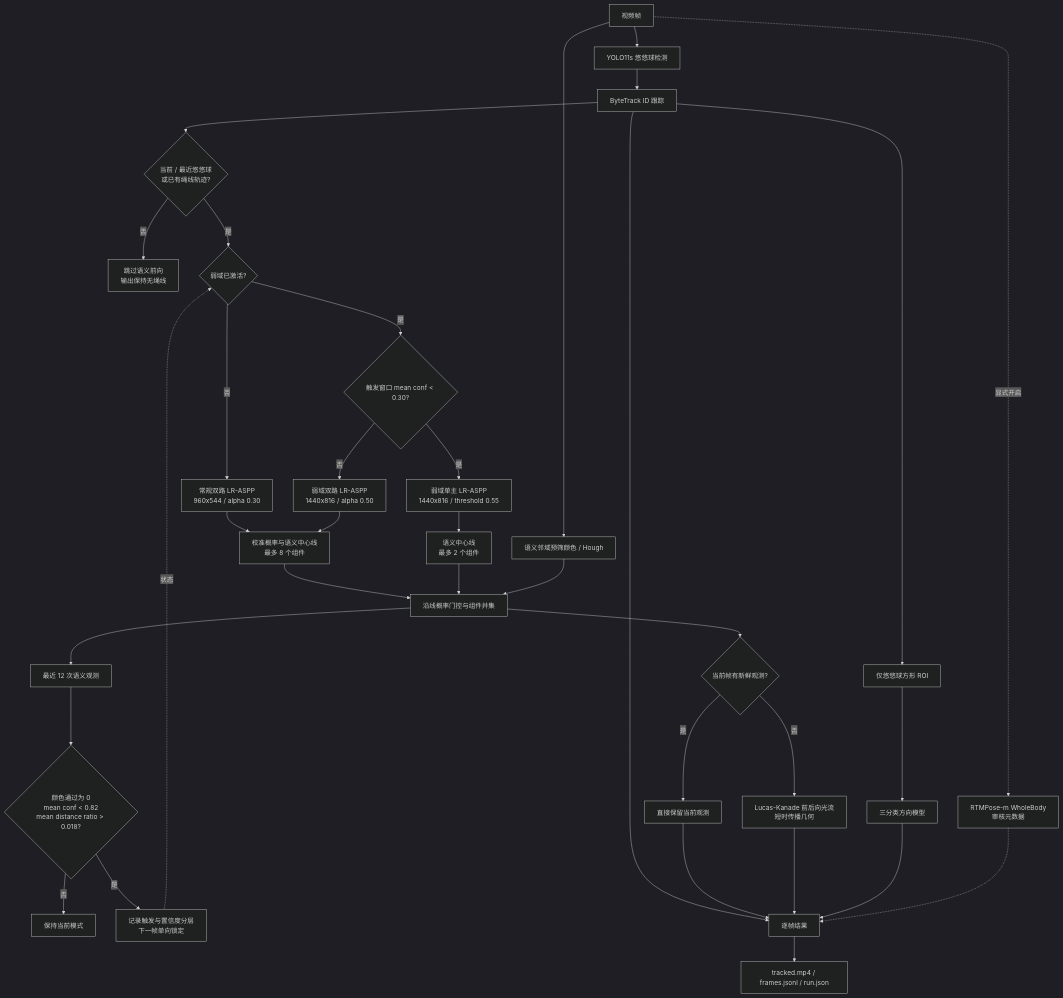
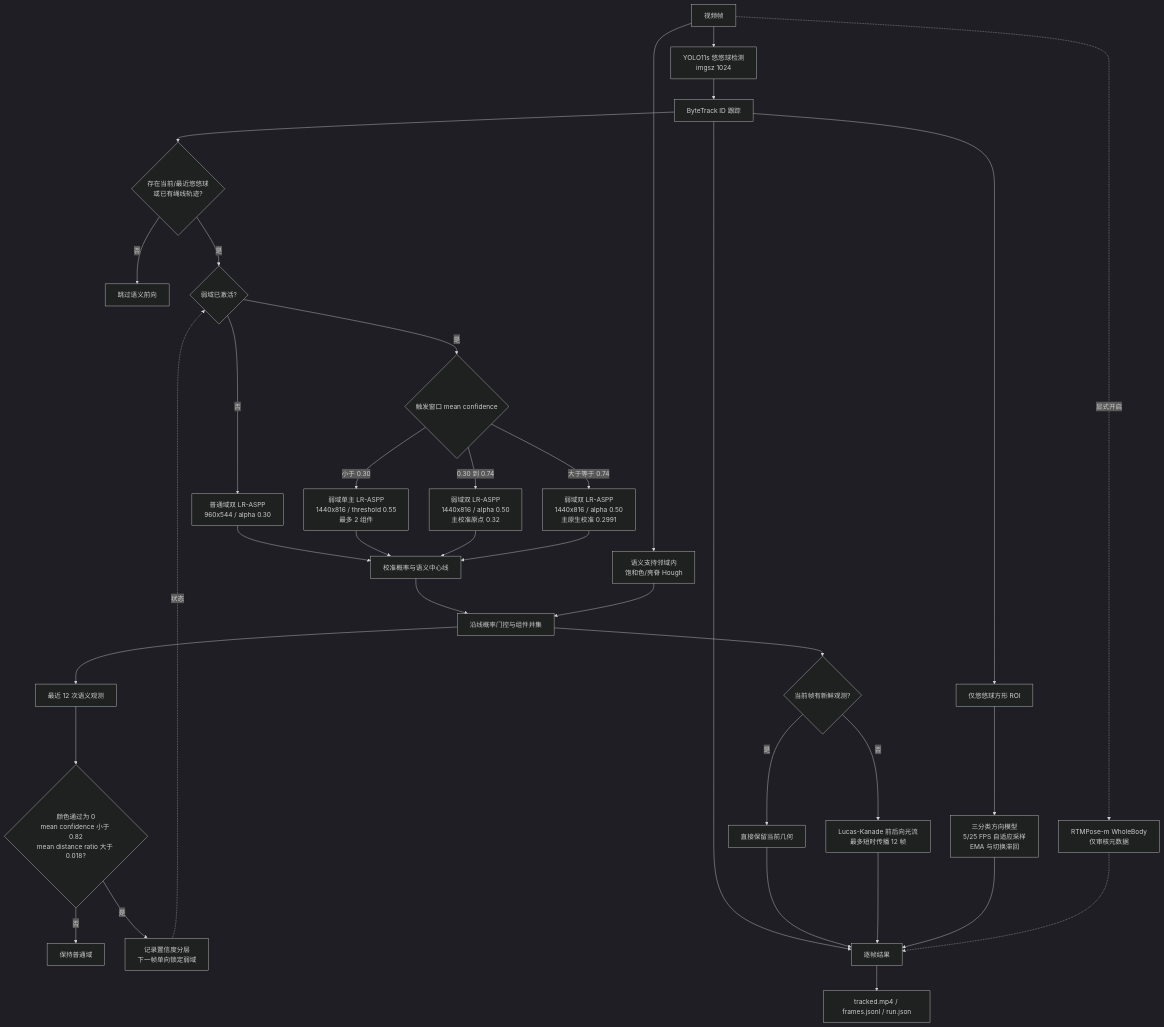
Before and after one commit to EvannZhongg/YoYo-Model: the diagram in reports/architecture_pipeline.md, drawn with Mermaid (dark theme). The commit also changed other lines of this file and 9 other files, not shown here.

````diff
--- a/reports/architecture_pipeline.md
+++ b/reports/architecture_pipeline.md
@@ -230,41 +5,42 @@
 ```mermaid
 flowchart TD
-    A[视频帧] --> B[YOLO11s 悠悠球检测]
+    A[视频帧] --> B[YOLO11s 悠悠球检测<br/>imgsz 1024]
     B --> C[ByteTrack ID 跟踪]
 
-    C --> D{当前 / 最近悠悠球<br/>或已有绳线轨迹?}
-    D -->|否| E[跳过语义前向<br/>输出保持无绳线]
+    C --> D{存在当前/最近悠悠球<br/>或已有绳线轨迹?}
+    D -->|否| E[跳过语义前向]
     D -->|是| F{弱域已激活?}
-    F -->|否| G[常规双路 LR-ASPP<br/>960x544 / alpha 0.30]
-    F -->|是| H{触发窗口 mean conf &lt; 0.30?}
-    H -->|否| I[弱域双路 LR-ASPP<br/>1440x816 / alpha 0.50]
-    H -->|是| J[弱域单主 LR-ASPP<br/>1440x816 / threshold 0.55]
-    G --> K[校准概率与语义中心线<br/>最多 8 个组件]
-    I --> K
-    J --> L[语义中心线<br/>最多 2 个组件]
+    F -->|否| G[普通域双 LR-ASPP<br/>960x544 / alpha 0.30]
+    F -->|是| H{触发窗口 mean confidence}
+    H -->|小于 0.30| I[弱域单主 LR-ASPP<br/>1440x816 / threshold 0.55<br/>最多 2 组件]
+    H -->|0.30 到 0.74| J[弱域双 LR-ASPP<br/>1440x816 / alpha 0.50<br/>主校准原点 0.32]
+    H -->|大于等于 0.74| K[弱域双 LR-ASPP<br/>1440x816 / alpha 0.50<br/>主原生校准 0.2991]
 
-    A --> M[语义邻域预筛颜色 / Hough]
-    K --> N[沿线概率门控与组件并集]
-    L --> N
+    G --> L[校准概率与语义中心线]
+    I --> L
+    J --> L
+    K --> L
+    A --> M[语义支持邻域内<br/>饱和色/亮脊 Hough]
+    L --> N[沿线概率门控与组件并集]
     M --> N
     N --> O[最近 12 次语义观测]
-    O --> P{颜色通过为 0<br/>mean conf &lt; 0.82<br/>mean distance ratio &gt; 0.018?}
-    P -->|否| Q[保持当前模式]
-    P -->|是| R[记录触发与置信度分层<br/>下一帧单向锁定]
+    O --> P{颜色通过为 0<br/>mean confidence 小于 0.82<br/>mean distance ratio 大于 0.018?}
+    P -->|否| Q[保持普通域]
+    P -->|是| R[记录置信度分层<br/>下一帧单向锁定弱域]
     R -. 状态 .-> F
 
     N --> S{当前帧有新鲜观测?}
-    S -->|是| T[直接保留当前观测]
-    S -->|否| U[Lucas-Kanade 前后向光流<br/>短时传播几何]
+    S -->|是| T[直接保留当前几何]
+    S -->|否| U[Lucas-Kanade 前后向光流<br/>最多短时传播 12 帧]
 
     C --> V[仅悠悠球方形 ROI]
-    V --> W[三分类方向模型]
-    A -. 显式开启 .-> X[RTMPose-m WholeBody<br/>审核元数据]
+    V --> W[三分类方向模型<br/>5/25 FPS 自适应采样<br/>EMA 与切换滞回]
+    A -. 显式开启 .-> X[RTMPose-m WholeBody<br/>仅审核元数据]
 
     C --> Y[逐帧结果]
     T --> Y
     U --> Y
     W --> Y
     X -.-> Y
     Y --> Z[tracked.mp4 / frames.jsonl / run.json]
 ```
````
